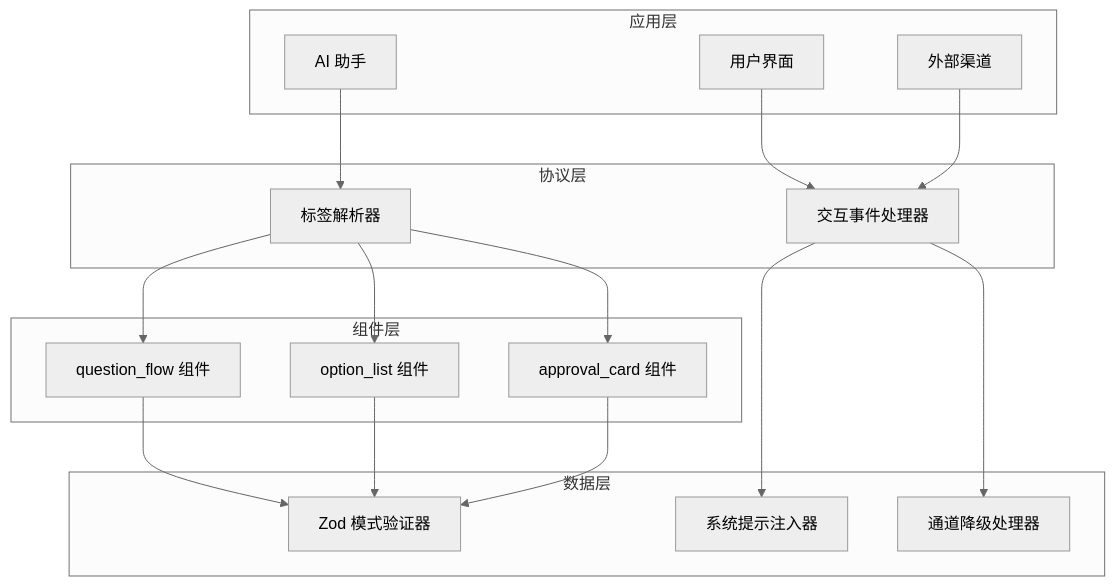
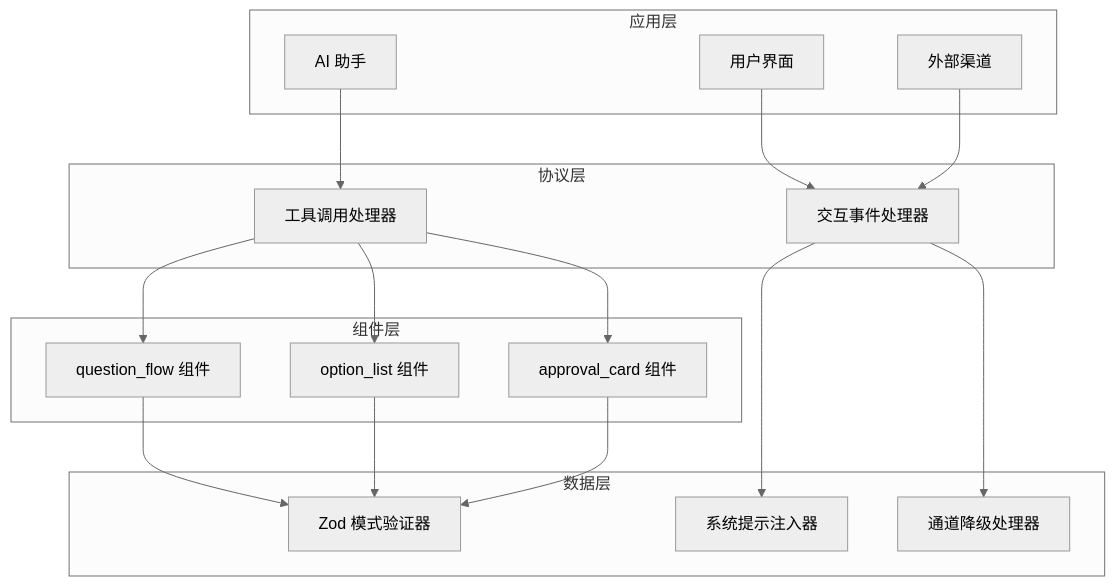
Before and after one commit to verse-ai-org/openclaw: the fourth of 9 diagrams in .qoder/repowiki/zh/content/项目概述/技术架构概览/网关协议设计/交互系统包.md, drawn with Mermaid (neutral theme). The commit also changed other lines of this file and 11 other files, not shown here.

````diff
--- a/.qoder/repowiki/zh/content/项目概述/技术架构概览/网关协议设计/交互系统包.md
+++ b/.qoder/repowiki/zh/content/项目概述/技术架构概览/网关协议设计/交互系统包.md
@@ -211,33 +224,33 @@
 ```mermaid
 graph TB
 subgraph "应用层"
 A[AI 助手]
 B[用户界面]
 C[外部渠道]
 end
 subgraph "协议层"
-D[<ask> 标签解析器]
+D[工具调用处理器]
 E[交互事件处理器]
 end
 subgraph "组件层"
 F[question_flow 组件]
 G[option_list 组件]
 H[approval_card 组件]
 end
 subgraph "数据层"
 I[Zod 模式验证器]
 J[系统提示注入器]
 K[通道降级处理器]
 end
 A --> D
 B --> E
 C --> E
 D --> F
 D --> G
 D --> H
 F --> I
 G --> I
 H --> I
 E --> J
 E --> K
 ```
````
